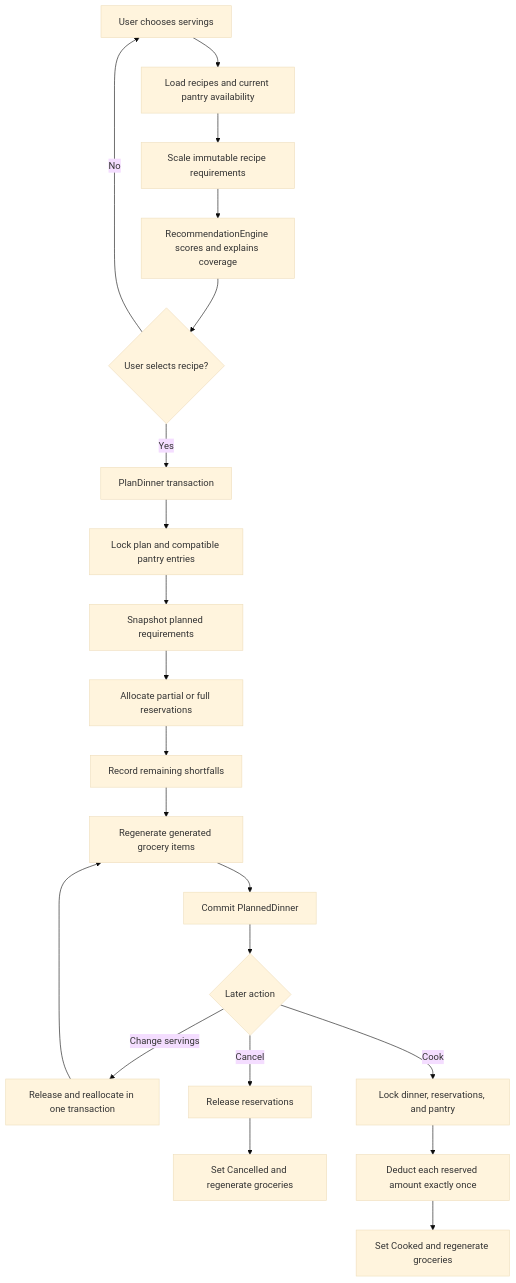
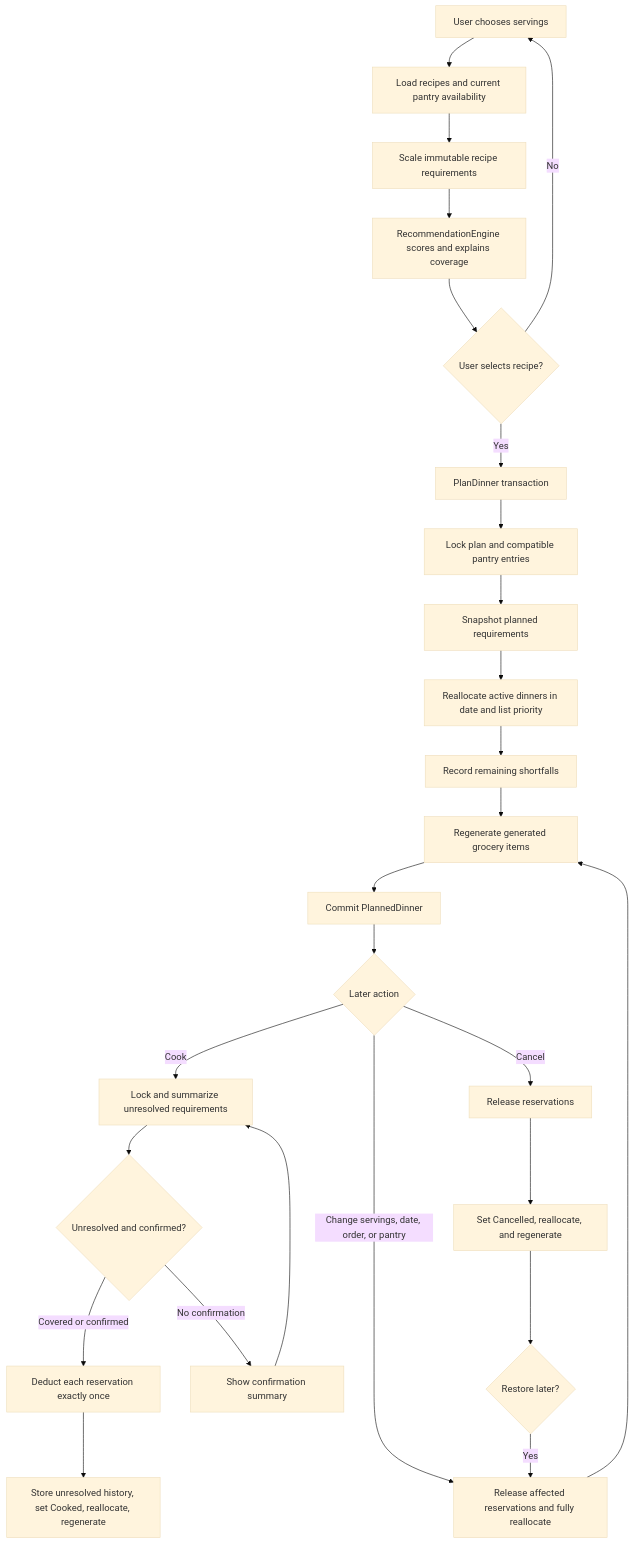
Before and after one commit to jaymoll/dinner-decider: the fourth of 4 diagrams in docs/architecture.md, drawn with Mermaid (base theme). The commit also changed other lines of this file and 1 other file, not shown here.

```diff
--- a/docs/architecture.md
+++ b/docs/architecture.md
@@ -1011,23 +1066,28 @@
 ~~~mermaid
 flowchart TD
     A[User chooses servings] --> B[Load recipes and current pantry availability]
     B --> C[Scale immutable recipe requirements]
     C --> D[RecommendationEngine scores and explains coverage]
     D --> E{User selects recipe?}
     E -- No --> A
     E -- Yes --> F[PlanDinner transaction]
     F --> G[Lock plan and compatible pantry entries]
     G --> H[Snapshot planned requirements]
-    H --> I[Allocate partial or full reservations]
+    H --> I[Reallocate active dinners in date and list priority]
     I --> J[Record remaining shortfalls]
     J --> K[Regenerate generated grocery items]
     K --> L[Commit PlannedDinner]
     L --> M{Later action}
-    M -- Change servings --> N[Release and reallocate in one transaction]
+    M -- Change servings, date, order, or pantry --> N[Release affected reservations and fully reallocate]
     N --> K
     M -- Cancel --> O[Release reservations]
-    O --> P[Set Cancelled and regenerate groceries]
-    M -- Cook --> Q[Lock dinner, reservations, and pantry]
-    Q --> R[Deduct each reserved amount exactly once]
-    R --> S[Set Cooked and regenerate groceries]
+    O --> P[Set Cancelled, reallocate, and regenerate]
+    P --> T{Restore later?}
+    T -- Yes --> N
+    M -- Cook --> Q[Lock and summarize unresolved requirements]
+    Q --> R{Unresolved and confirmed?}
+    R -- No confirmation --> U[Show confirmation summary]
+    U --> Q
+    R -- Covered or confirmed --> V[Deduct each reservation exactly once]
+    V --> S[Store unresolved history, set Cooked, reallocate, regenerate]
 ~~~
```
